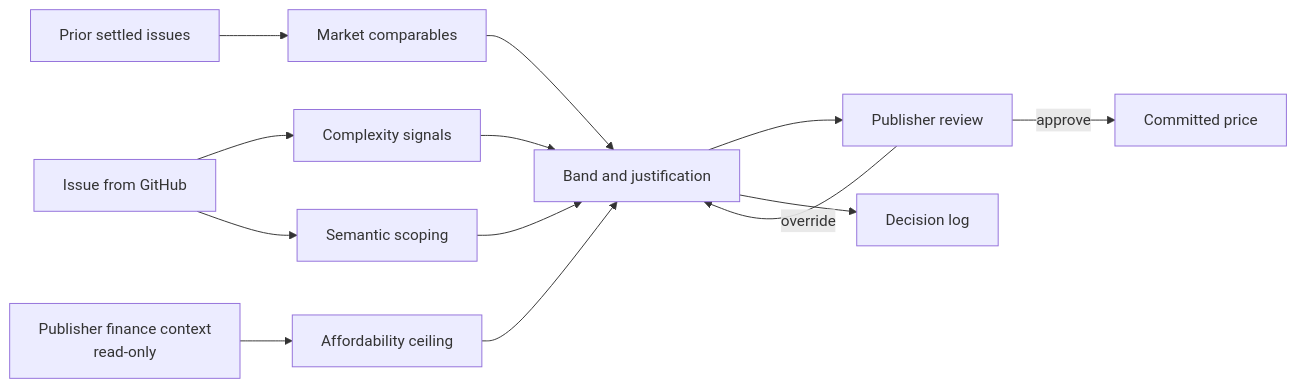
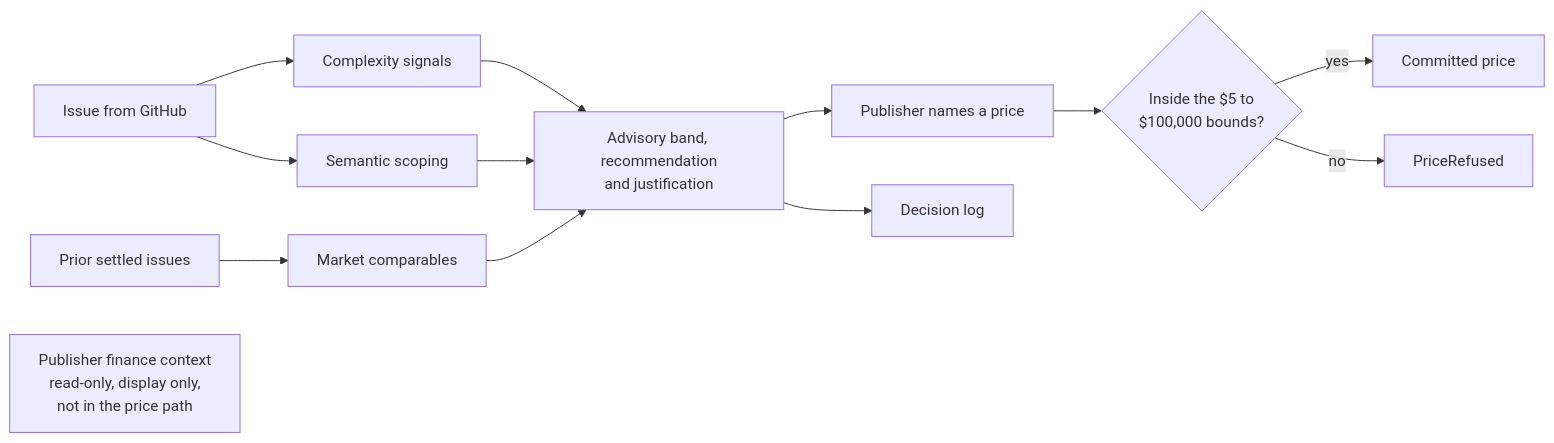
Before and after one commit to vanduc2514/hackathon-circle-misthos: the fourth of 7 diagrams in docs/ARCHITECTURE.md, drawn with Mermaid. The commit also changed other lines of this file and 54 other files, not shown here.

````diff
--- a/docs/ARCHITECTURE.md
+++ b/docs/ARCHITECTURE.md
@@ -415,15 +416,15 @@
 ```mermaid
 flowchart LR
     I["Issue from GitHub"] --> C["Complexity signals"]
     I --> S["Semantic scoping"]
     O["Prior settled issues"] --> M["Market comparables"]
-    F["Publisher finance context<br/>read-only"] --> B["Affordability ceiling"]
-    C --> A["Band and justification"]
+    F["Publisher finance context<br/>read-only, display only,<br/>not in the price path"]
+    C --> A["Advisory band, recommendation<br/>and justification"]
     M --> A
-    B --> A
     S --> A
-    A --> R["Publisher review"]
-    R -->|"approve"| P["Committed price"]
-    R -->|"override"| A
+    A --> R["Publisher names a price"]
+    R --> B{"Inside the $5 to<br/>$100,000 bounds?"}
+    B -->|"yes"| P["Committed price"]
+    B -->|"no"| X["PriceRefused"]
     A --> D["Decision log"]
 ```
````
